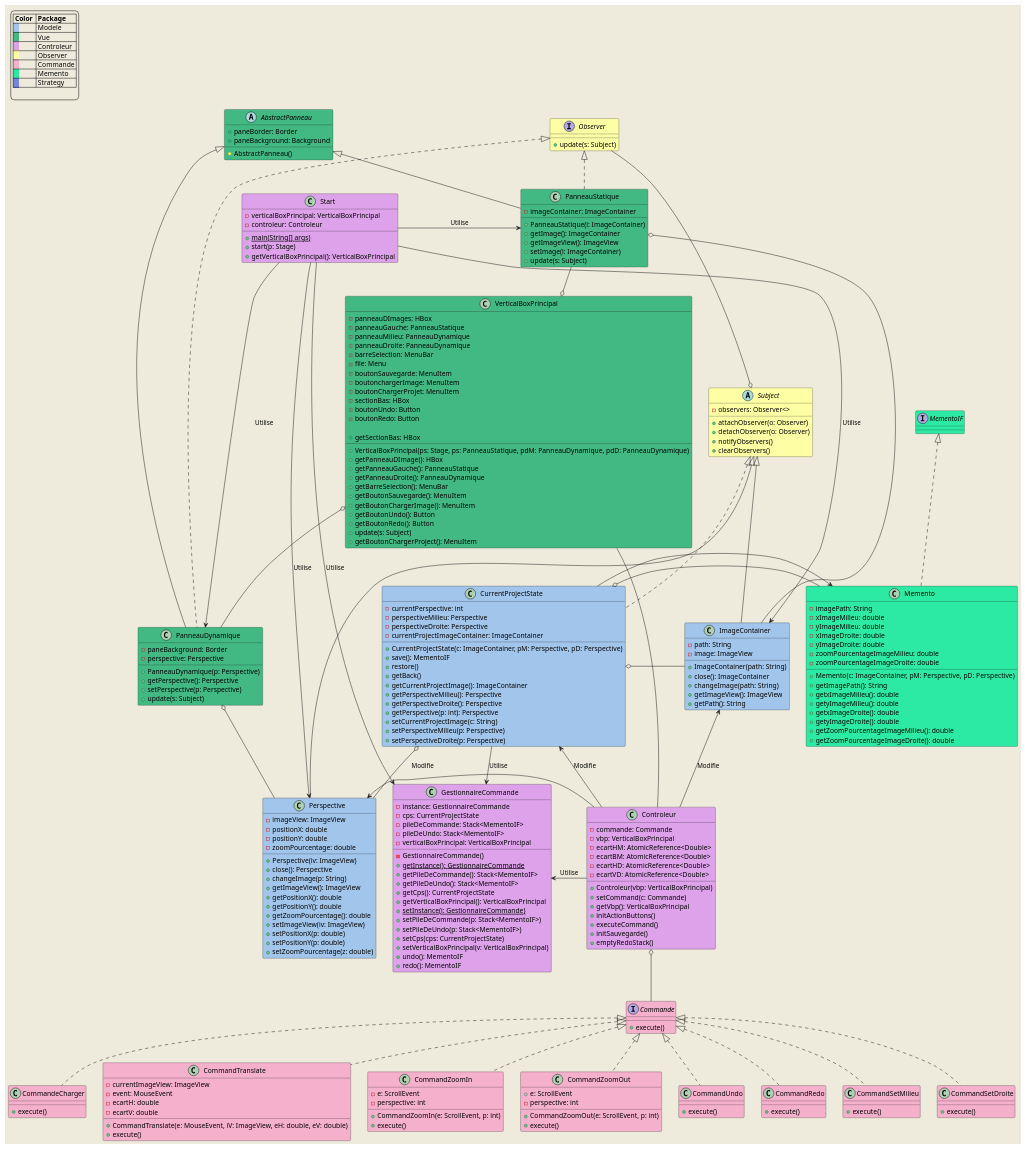
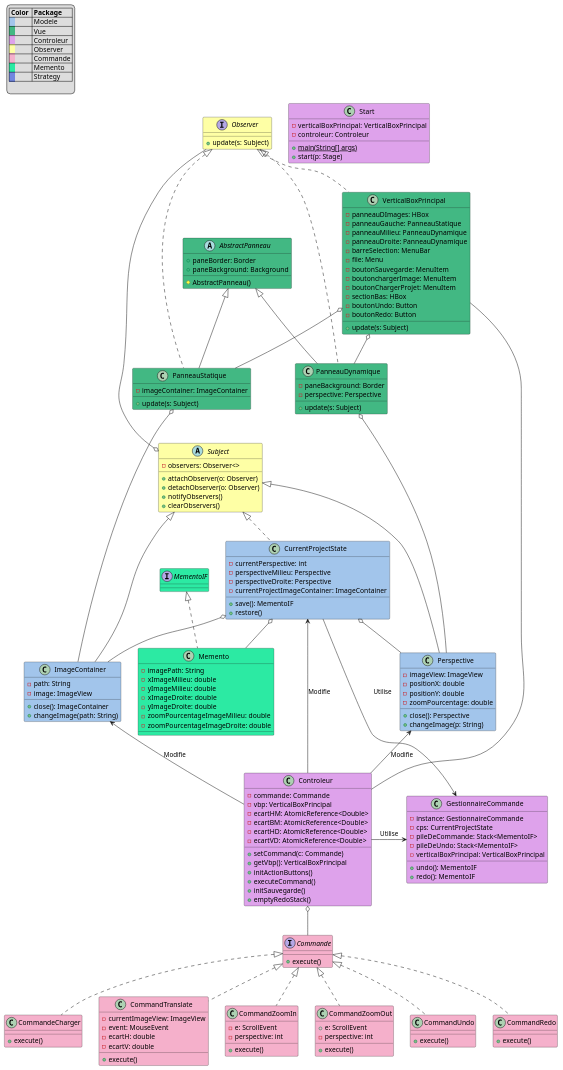
One commit to VelaSam/PerspectivePro changed the diagram in src/diagrammes/diagramme_de_classe_global.puml. Above: the diagram before and after it, drawn with PlantUML. The commit also changed 1 other file, not shown here.

Commit message:
Diagramme de classes final + point virgule

```diff
--- a/src/diagrammes/diagramme_de_classe_global.puml
+++ b/src/diagrammes/diagramme_de_classe_global.puml
@@ -1,7 +1,7 @@
 @startuml
 
 
-skinparam backgroundColor #EEEBDC
+'skinparam backgroundColor #EEEBDC
 
 legend top left
  |= Color  |= Package |
@@ -50,7 +50,6 @@
         -ecartH: double
         -ecartV: double
 
-        +CommandTranslate(e: MouseEvent, iV: ImageView, eH: double, eV: double)
         +execute()
     }
 
@@ -58,7 +57,6 @@
         -e: ScrollEvent
         -perspective: int
 
-        +CommandZoomIn(e: ScrollEvent, p: int)
         +execute()
     }
 
@@ -66,7 +64,6 @@
         +e: ScrollEvent
         -perspective: int
 
-        +CommandZoomOut(e: ScrollEvent, p: int)
         +execute()
     }
 
@@ -75,14 +72,6 @@
     }
 
     class CommandRedo #F5B0CB implements Commande{
-        +execute()
-    }
-
-    class CommandSetMilieu #F5B0CB implements Commande{
-        +execute()
-    }
-
-    class CommandSetDroite #F5B0CB implements Commande{
         +execute()
     }
     '-----------COMMAND--------------'
@@ -96,17 +85,6 @@
         -pileDeUndo: Stack<MementoIF>
         -verticalBoxPrincipal: VerticalBoxPrincipal
 
-        -GestionnaireCommande()
-        +{static} getInstance(): GestionnaireCommande
-        +getPileDeCommande(): Stack<MementoIF>
-        +getPileDeUndo(): Stack<MementoIF>
-        +getCps(): CurrentProjectState
-        +getVerticalBoxPrincipal(): VerticalBoxPrincipal
-        +{static} setInstance(i: GestionnaireCommande)
-        +setPileDeCommande(p: Stack<MementoIF>)
-        +setPileDeUndo(p: Stack<MementoIF>)
-        +setCps(cps: CurrentProjectState)
-        +setVerticalBoxPrincipal(v: VerticalBoxPrincipal)
         +undo(): MementoIF
         +redo(): MementoIF
     }
@@ -128,15 +106,6 @@
         -yImageDroite: double
         -zoomPourcentageImageMilieu: double
         -zoomPourcentageImageDroite: double
-
-        +Memento(c: ImageContainer, pM: Perspective, pD: Perspective)
-        +getImagePath(): String
-        +getxImageMilieu(): double
-        +getyImageMilieu(): double
-        +getxImageDroite(): double
-        +getyImageDroite(): double
-        +getZoomPourcentageImageMilieu(): double
-        +getZoomPourcentageImageDroite(): double
     }
     '-----------MEMENTO--------------'
 
@@ -148,28 +117,16 @@
         -perspectiveDroite: Perspective
         -currentProjectImageContainer: ImageContainer
 
-        +CurrentProjectState(c: ImageContainer, pM: Perspective, pD: Perspective)
         +save(): MementoIF
         +restore()
-        +getBack()
-        +getCurrentProjectImage(): ImageContainer
-        +getPerspectiveMilieu(): Perspective
-        +getPerspectiveDroite(): Perspective
-        +getPerspective(p: int): Perspective
-        +setCurrentProjectImage(c: String)
-        +setPerspectiveMilieu(p: Perspective)
-        +setPerspectiveDroite(p: Perspective)
     }
 
     class ImageContainer #a2c5eb extends Subject {
         -path: String
         -image: ImageView
 
-        +ImageContainer(path: String)
         +close(): ImageContainer
         +changeImage(path: String)
-        +getImageView(): ImageView
-        +getPath(): String
     }
 
     class Perspective #a2c5eb extends Subject{
@@ -178,17 +135,8 @@
         -positionY: double
         -zoomPourcentage: double
 
-        +Perspective(iv: ImageView)
         +close(): Perspective
         +changeImage(p: String)
-        +getImageView(): ImageView
-        +getPositionX(): double
-        +getPositionY(): double
-        +getZoomPourcentage(): double
-        +setImageView(iv: ImageView)
-        +setPositionX(p: double)
-        +setPositionY(p: double)
-        +setZoomPourcentage(z: double)
     }
     '----------MODELE-----------------'
 
@@ -201,7 +149,6 @@
         -ecartHD: AtomicReference<Double>
         -ecartVD: AtomicReference<Double>
 
-        +Controleur(vbp: VerticalBoxPrincipal)
         +setCommand(c: Commande)
         +getVbp(): VerticalBoxPrincipal
         +initActionButtons()
@@ -216,7 +163,6 @@
 
         +{static} main(String[] args)
         +start(p: Stage)
-        +getVerticalBoxPrincipal(): VerticalBoxPrincipal
     }
     '---------CONTROLEUR--------------'
 
@@ -228,7 +174,7 @@
         #AbstractPanneau()
     }
 
-    class VerticalBoxPrincipal #42b883 {
+    class VerticalBoxPrincipal #42b883 implements Observer {
         -panneauDImages: HBox
         -panneauGauche: PanneauStatique
         -panneauMilieu: PanneauDynamique
@@ -242,27 +188,12 @@
         -boutonUndo: Button
         -boutonRedo: Button
 
-        +VerticalBoxPrincipal(ps: Stage, ps: PanneauStatique, pdM: PanneauDynamique, pdD: PanneauDynamique)
-        +getPanneauDImage(): HBox
-        +getPanneauGauche(): PanneauStatique
-        +getPanneauDroite(): PanneauDynamique
-        +getBarreSelection(): MenuBar
-        +getBoutonSauvegarde(): MenuItem
-        +getBoutonChargerImage(): MenuItem
-        +getSectionBas: HBox
-        +getBoutonUndo(): Button
-        +getBoutonRedo(): Button
         +update(s: Subject)
-        +getBoutonChargerProject(): MenuItem
     }
 
     class PanneauStatique #42b883 extends AbstractPanneau implements Observer{
         -imageContainer: ImageContainer
 
-        +PanneauStatique(i: ImageContainer)
-        +getImage(): ImageContainer
-        +getImageView(): ImageView
-        +setImage(i: ImageContainer)
         +update(s: Subject)
     }
 
@@ -270,39 +201,34 @@
         -paneBackground: Border
         -perspective: Perspective
 
-        +PanneauDynamique(p: Perspective)
-        +getPerspective(): Perspective
-        +setPerspective(p: Perspective)
         +update(s: Subject)
     }
     '-------------VUE--------------'
 
-   Observer -o Subject
-   Controleur -l-> GestionnaireCommande : Utilise
-   CurrentProjectState <- Controleur : Modifie
-   Perspective <- Controleur : Modifie
-   ImageContainer <- Controleur : Modifie
+   Observer --o Subject
+   Controleur -> GestionnaireCommande : Utilise
+   CurrentProjectState <--- Controleur : Modifie
+   Perspective <-- Controleur : Modifie
+   ImageContainer <-- Controleur : Modifie
    Controleur o-- Commande
-   Start -> ImageContainer : Utilise
-   Start -> Perspective: Utilise
-   Start -> PanneauStatique: Utilise
-   Start -> PanneauDynamique: Utilise
-   Start -> GestionnaireCommande : Utilise
 
-   VerticalBoxPrincipal o-- PanneauDynamique
-   VerticalBoxPrincipal o-up- PanneauStatique
+   VerticalBoxPrincipal o-down- PanneauDynamique
+   VerticalBoxPrincipal o-down- PanneauStatique
 
-   CurrentProjectState o- Memento
-   CurrentProjectState o- Perspective
-   CurrentProjectState o- ImageContainer
+   'Start -> ImageContainer : Utilise
+   'Start -> Perspective: Utilise
+   'Start -> AbstractPanneau : Utilise
+   'Start -> GestionnaireCommande : Utilise
+
+   CurrentProjectState o-- Memento
+   CurrentProjectState o-down- Perspective
+   CurrentProjectState o-down- ImageContainer
 
    VerticalBoxPrincipal -- Controleur
 
-   CurrentProjectState --> Memento
 
    PanneauDynamique o-- Perspective
-
-   PanneauStatique o- ImageContainer
+   PanneauStatique o---- ImageContainer
 
    CurrentProjectState --> GestionnaireCommande : Utilise
 
```
